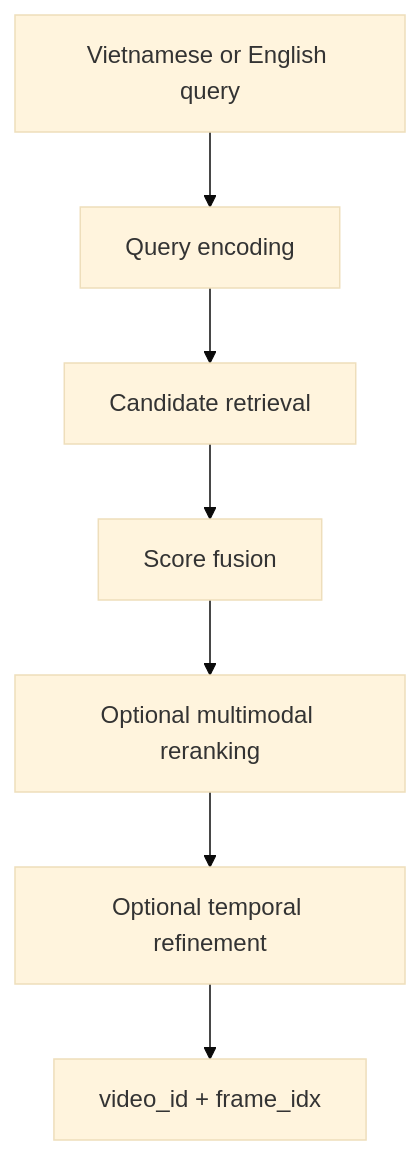
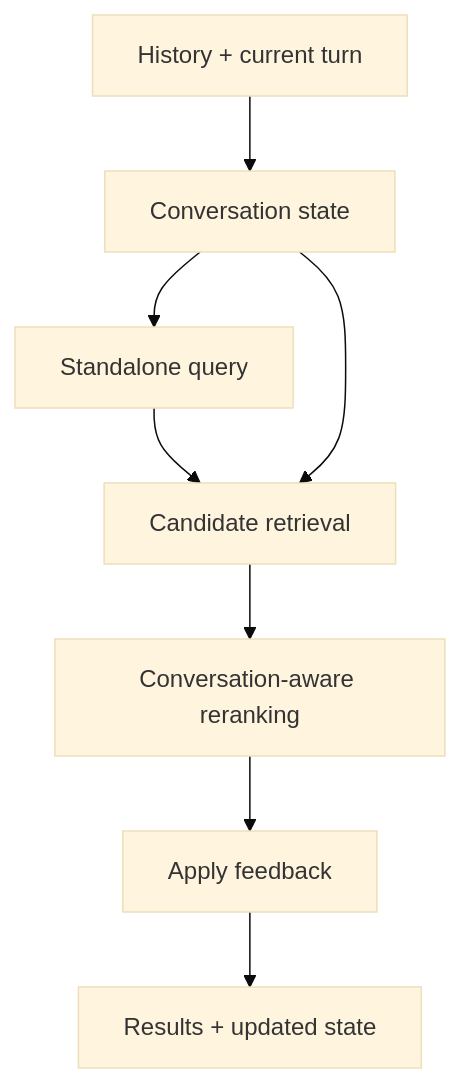
The diagram in README.md (khang1108/MLeCDanBGold), drawn with Mermaid (base theme) before and after one commit.

Commit message:
fix(README.md): change the current pipeline

````diff
--- a/README.md
+++ b/README.md
@@ -35,9 +35,10 @@
 ```mermaid
 flowchart TD
-    Q["Vietnamese or English query"] --> E["Query encoding"]
-    E --> R["Candidate retrieval"]
-    R --> F["Score fusion"]
-    F --> M["Optional multimodal reranking"]
-    M --> T["Optional temporal refinement"]
-    T --> U["video_id + frame_idx"]
+    H["History + current turn"] --> S["Conversation state"]
+    S --> Q["Standalone query"]
+    Q --> R["Candidate retrieval"]
+    S --> R
+    R --> M["Conversation-aware reranking"]
+    M --> F["Apply feedback"]
+    F --> O["Results + updated state"]
 ```
````
